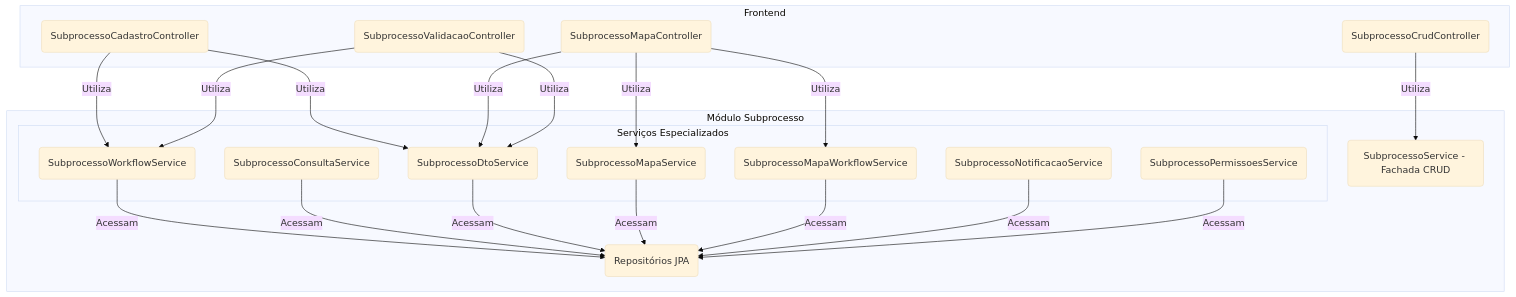
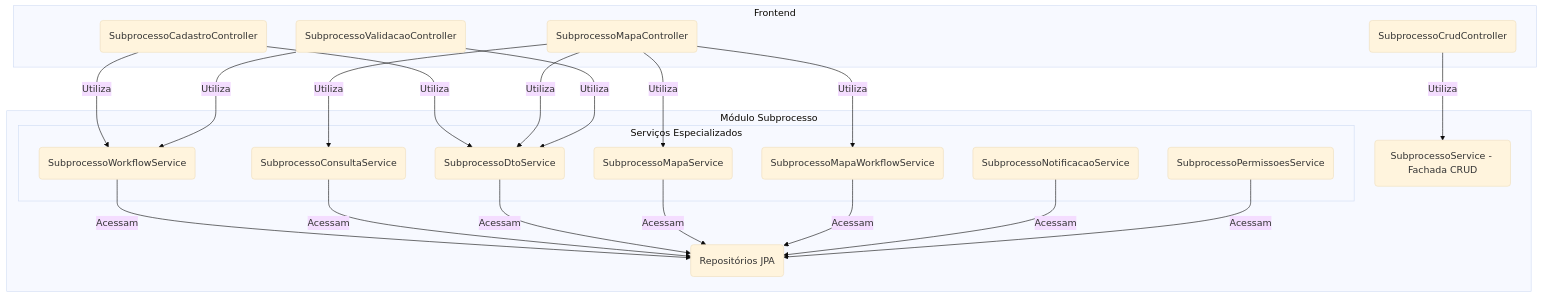
The first of 2 diagrams in backend/src/main/java/sgc/subprocesso/README.md (lgalvao/sgc), drawn with Mermaid (base theme) before and after one commit. The commit also changed other lines of this file and 14 other files, not shown here.

````diff
--- a/backend/src/main/java/sgc/subprocesso/README.md
+++ b/backend/src/main/java/sgc/subprocesso/README.md
@@ -13,32 +13,32 @@
 ```mermaid
 graph TD
     subgraph "Frontend"
         ControleCrud(SubprocessoCrudController)
         ControleCadastro(SubprocessoCadastroController)
         ControleMapa(SubprocessoMapaController)
         ControleValidacao(SubprocessoValidacaoController)
     end
 
     subgraph "Módulo Subprocesso"
         Facade(SubprocessoService - Fachada CRUD)
 
         subgraph "Serviços Especializados"
             Workflow(SubprocessoWorkflowService)
             Consulta(SubprocessoConsultaService)
             DtoBuilder(SubprocessoDtoService)
             Mapa(SubprocessoMapaService)
             MapaWorkflow(SubprocessoMapaWorkflowService)
             Notificacao(SubprocessoNotificacaoService)
             Permissoes(SubprocessoPermissoesService)
         end
 
         Repos(Repositórios JPA)
     end
 
     ControleCrud -- Utiliza --> Facade
     ControleCadastro -- Utiliza --> Workflow & DtoBuilder
-    ControleMapa -- Utiliza --> MapaWorkflow & Mapa & DtoBuilder
+    ControleMapa -- Utiliza --> MapaWorkflow & Mapa & DtoBuilder & Consulta
     ControleValidacao -- Utiliza --> Workflow & DtoBuilder
 
     Workflow & Consulta & DtoBuilder & Mapa & MapaWorkflow & Notificacao & Permissoes -- Acessam --> Repos
 ```
````
